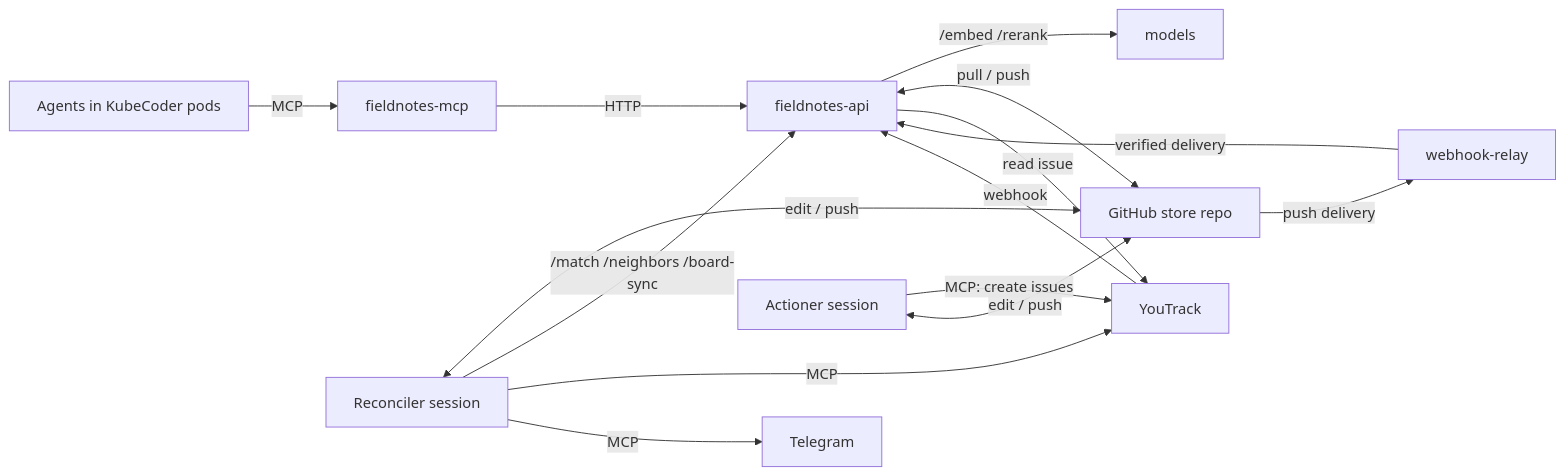
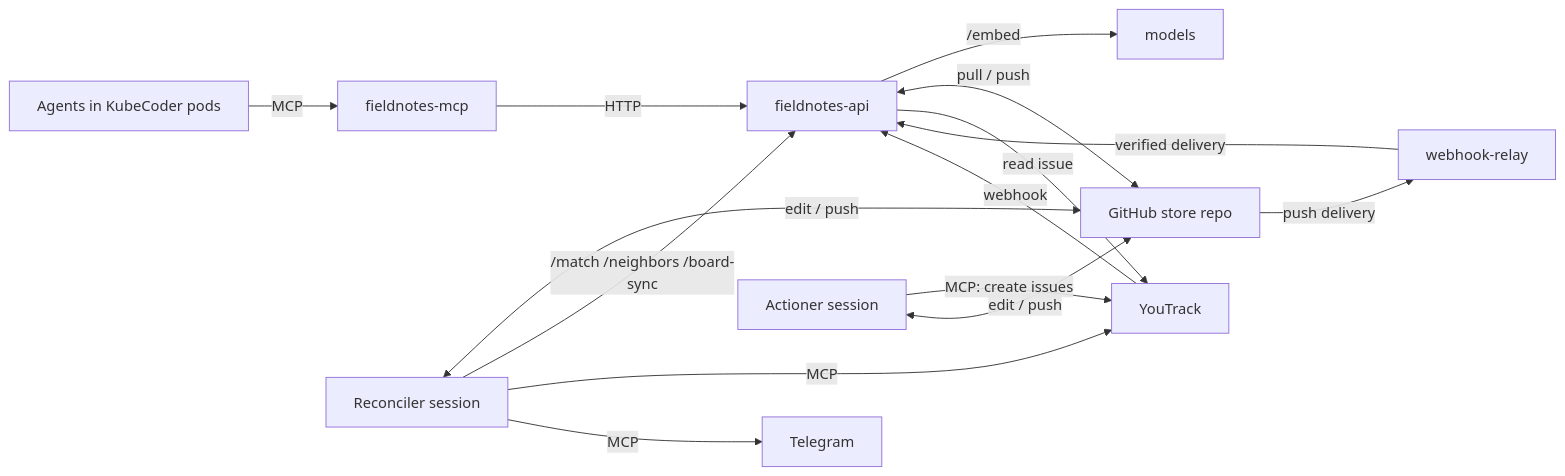
Before and after one commit to pvginkel/FieldnotesApp: the first of 2 diagrams in docs/design.md, drawn with Mermaid. The commit also changed other lines of this file and 6 other files, not shown here.

````diff
--- a/docs/design.md
+++ b/docs/design.md
@@ -160,17 +160,17 @@
 ```mermaid
 flowchart LR
   A[Agents in KubeCoder pods] -->|MCP| M[fieldnotes-mcp]
   M -->|HTTP| R[fieldnotes-api]
-  R -->|/embed /rerank| E[models]
+  R -->|/embed| E[models]
   R <-->|pull / push| G[GitHub store repo]
   G -->|push delivery| W[webhook-relay]
   W -->|verified delivery| R
   Y[YouTrack] -->|webhook| R
   R -->|read issue| Y
   S[Reconciler session] <-->|edit / push| G
   S -->|/match /neighbors /board-sync| R
   S -->|MCP| Y
   S -->|MCP| T[Telegram]
   X[Actioner session] -->|MCP: create issues| Y
   X <-->|edit / push| G
 ```
````
